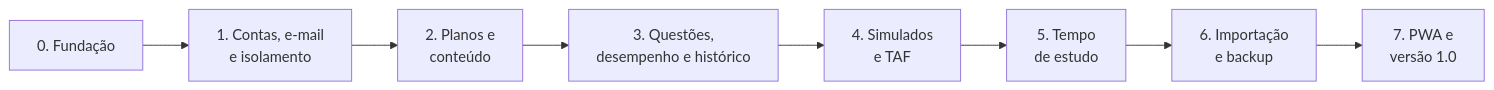
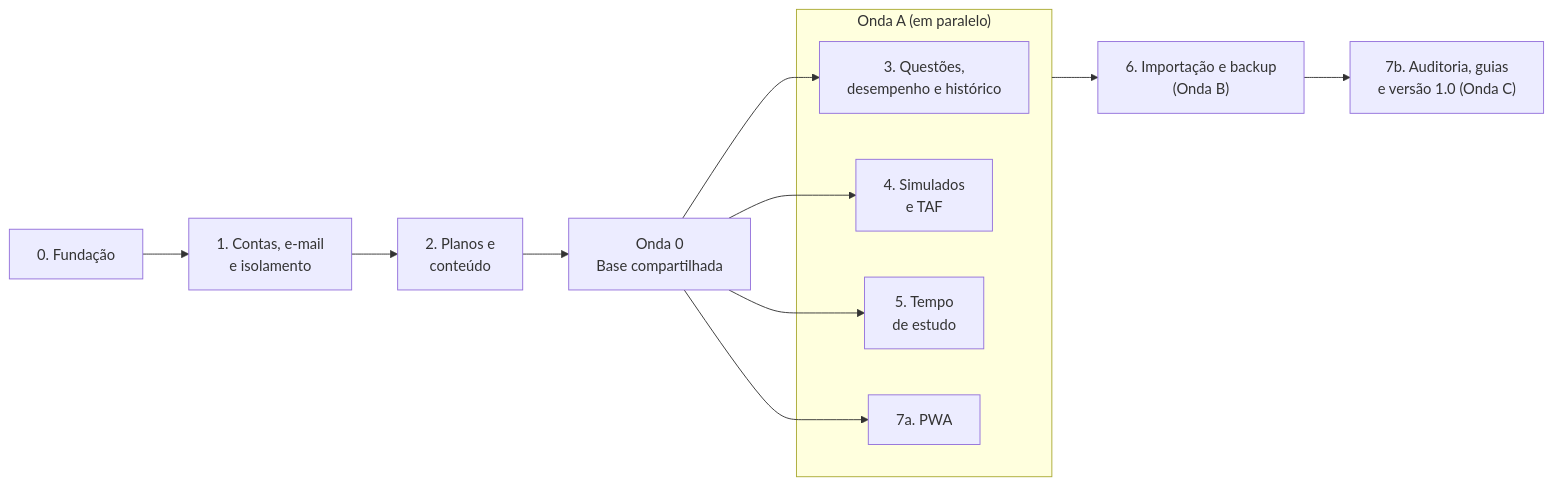
Before and after one commit to vitorparras/Trail: the diagram in docs/05-roteiro.md, drawn with Mermaid. The commit also changed other lines of this file and 6 other files, not shown here.

````diff
--- a/docs/05-roteiro.md
+++ b/docs/05-roteiro.md
@@ -23,10 +23,15 @@
 ```mermaid
 flowchart LR
     F0["0. Fundação"] --> F1["1. Contas, e-mail<br/>e isolamento"]
     F1 --> F2["2. Planos e<br/>conteúdo"]
-    F2 --> F3["3. Questões,<br/>desempenho e histórico"]
-    F3 --> F4["4. Simulados<br/>e TAF"]
-    F4 --> F5["5. Tempo<br/>de estudo"]
-    F5 --> F6["6. Importação<br/>e backup"]
-    F6 --> F7["7. PWA e<br/>versão 1.0"]
+    F2 --> W0["Onda 0<br/>Base compartilhada"]
+    subgraph WA["Onda A (em paralelo)"]
+        F3["3. Questões,<br/>desempenho e histórico"]
+        F4["4. Simulados<br/>e TAF"]
+        F5["5. Tempo<br/>de estudo"]
+        F7a["7a. PWA"]
+    end
+    W0 --> F3 & F4 & F5 & F7a
+    WA --> F6["6. Importação e backup<br/>(Onda B)"]
+    F6 --> F7b["7b. Auditoria, guias<br/>e versão 1.0 (Onda C)"]
 ```
````
